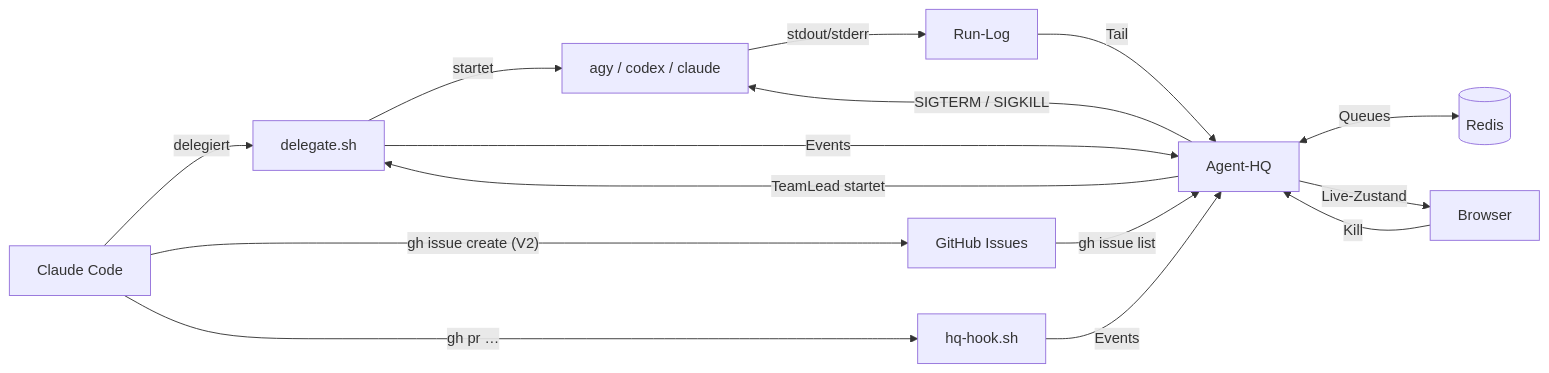
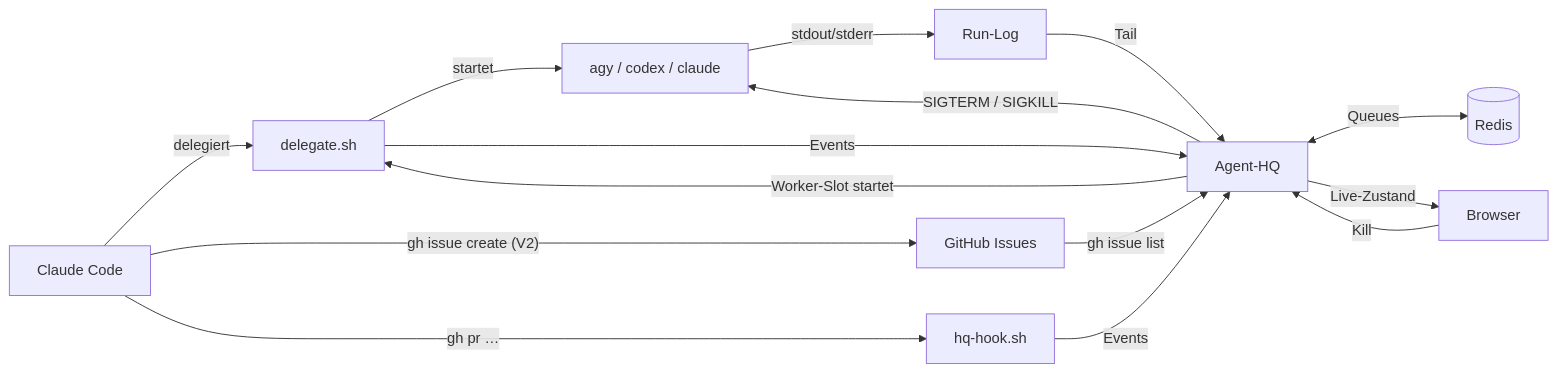
Before and after one commit to tihofman/agent-hq: the first of 3 diagrams in docs/arc42/architecture.md, drawn with Mermaid. The commit also changed other lines of this file and 2 other files, not shown here.

Commit message:
docs(#93): worker pool and hq-ask question flow in ADR 0006

````diff
--- a/docs/arc42/architecture.md
+++ b/docs/arc42/architecture.md
@@ -55,17 +55,17 @@
 ```mermaid
 flowchart LR
     CL["Claude Code"] -->|delegiert| DEL["delegate.sh"]
     CL -->|"gh issue create (V2)"| GH["GitHub Issues"]
     GH -->|"gh issue list"| HQ
     HQ <-->|Queues| R[("Redis")]
-    HQ -->|"TeamLead startet"| DEL
+    HQ -->|"Worker-Slot startet"| DEL
     CL -->|gh pr …| HOOK["hq-hook.sh"]
     DEL -->|startet| W["agy / codex / claude"]
     W -->|stdout/stderr| LOG["Run-Log"]
     DEL -->|Events| HQ["Agent-HQ"]
     HOOK -->|Events| HQ
     LOG -->|Tail| HQ
     HQ -->|Live-Zustand| B["Browser"]
     B -->|Kill| HQ
     HQ -->|SIGTERM / SIGKILL| W
 ```
````
